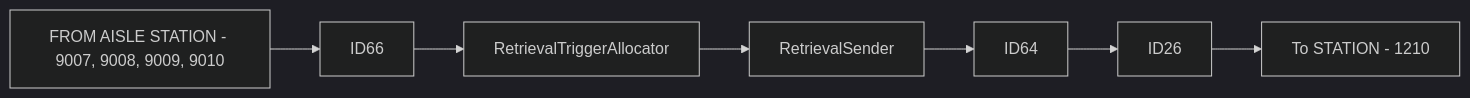
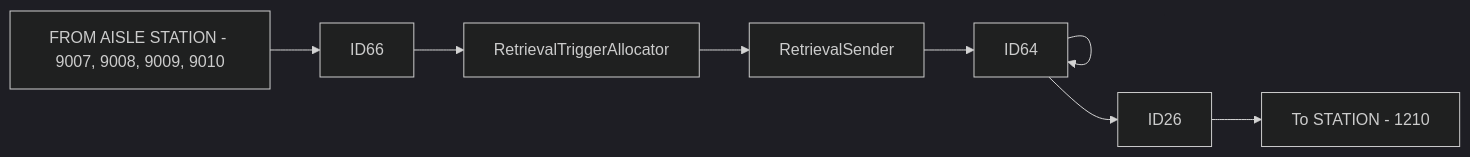
Before and after one commit to luthfiadityaa/SimeDarby-Wiki: the first of 9 diagrams in Basic-Design/DFD-WMS/Retrieval/Stacked-Empty-Pallet.md, drawn with Mermaid (dark theme).

Commit message:
Updated Stacked Empty Pallet

```diff
--- a/Basic-Design/DFD-WMS/Retrieval/Stacked-Empty-Pallet.md
+++ b/Basic-Design/DFD-WMS/Retrieval/Stacked-Empty-Pallet.md
@@ -5,5 +5,5 @@
 ::: mermaid
 flowchart LR
   
-P1[FROM AISLE STATION - 9007, 9008, 9009, 9010]-->P2[ID66]-->P3[RetrievalTriggerAllocator]-->P4[RetrievalSender]-->P5[ID64]-->P7[ID26]-->P8[To STATION - 1210] 
+P1[FROM AISLE STATION - 9007, 9008, 9009, 9010]-->P2[ID66]-->P3[RetrievalTriggerAllocator]-->P4[RetrievalSender]-->P5[ID32]-->P5[ID33]-->P5[ID64]-->P7[ID26]-->P8[To STATION - 1210] 
 :::
```
